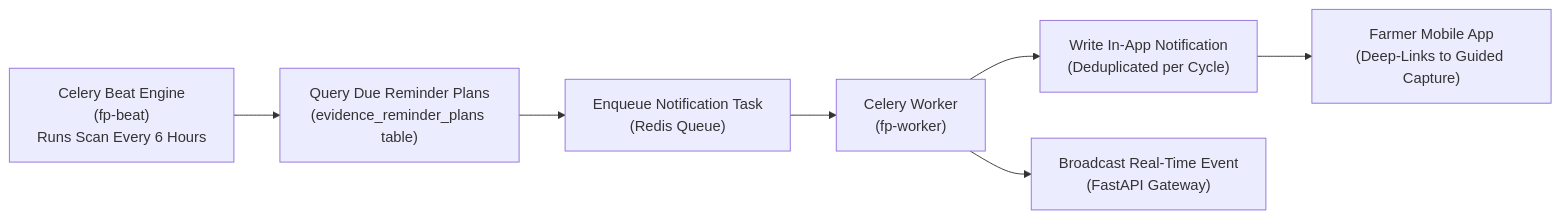
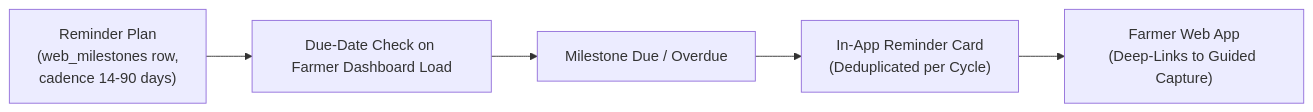
One commit to dhrrishitvdeka/Fasal-Pramaan changed the first of 2 diagrams in docs/EVIDENCE_REMINDERS.md. Above: the diagram before and after it, drawn with Mermaid. The commit also changed other lines of this file and 924 other files, not shown here.

````diff
--- a/docs/EVIDENCE_REMINDERS.md
+++ b/docs/EVIDENCE_REMINDERS.md
@@ -18,9 +18,7 @@
 ```mermaid
 flowchart LR
-  Beat["Celery Beat Engine\n(fp-beat)\nRuns Scan Every 6 Hours"] --> Scan["Query Due Reminder Plans\n(evidence_reminder_plans table)"]
-  Scan --> Enqueue["Enqueue Notification Task\n(Redis Queue)"]
-  Enqueue --> Worker["Celery Worker\n(fp-worker)"]
-  Worker --> InApp["Write In-App Notification\n(Deduplicated per Cycle)"]
-  Worker --> SSE["Broadcast Real-Time Event\n(FastAPI Gateway)"]
-  InApp --> App["Farmer Mobile App\n(Deep-Links to Guided Capture)"]
+  Plan["Reminder Plan\n(web_milestones row,\ncadence 14-90 days)"] --> Scan["Due-Date Check on Farmer Dashboard Load"]
+  Scan --> Due["Milestone Due / Overdue"]
+  Due --> InApp["In-App Reminder Card\n(Deduplicated per Cycle)"]
+  InApp --> App["Farmer Web App\n(Deep-Links to Guided Capture)"]
 ```
````
